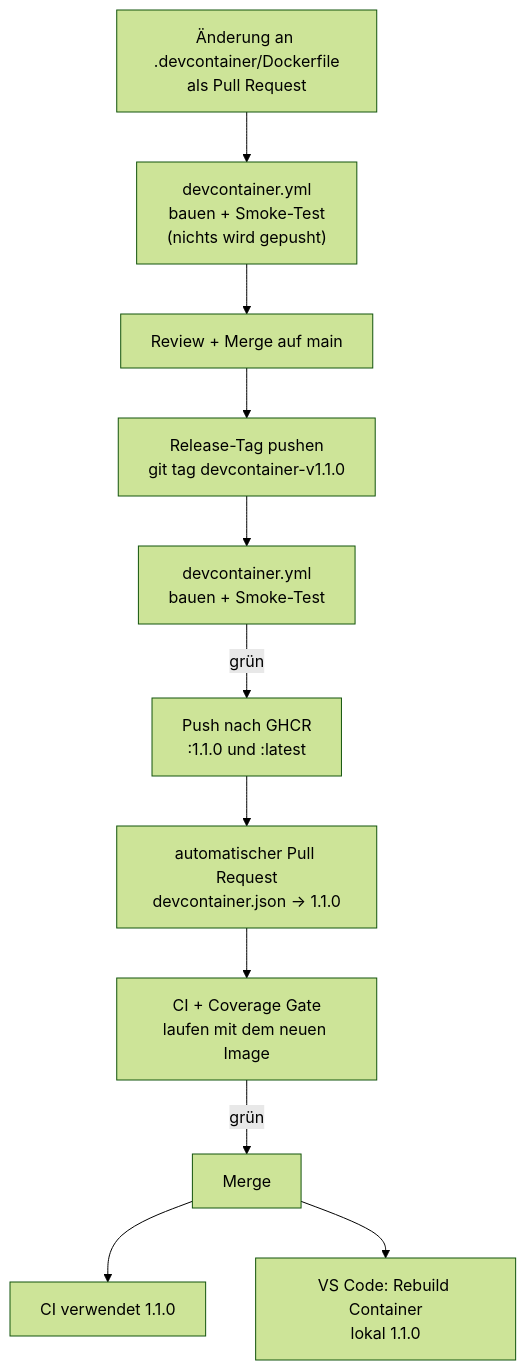
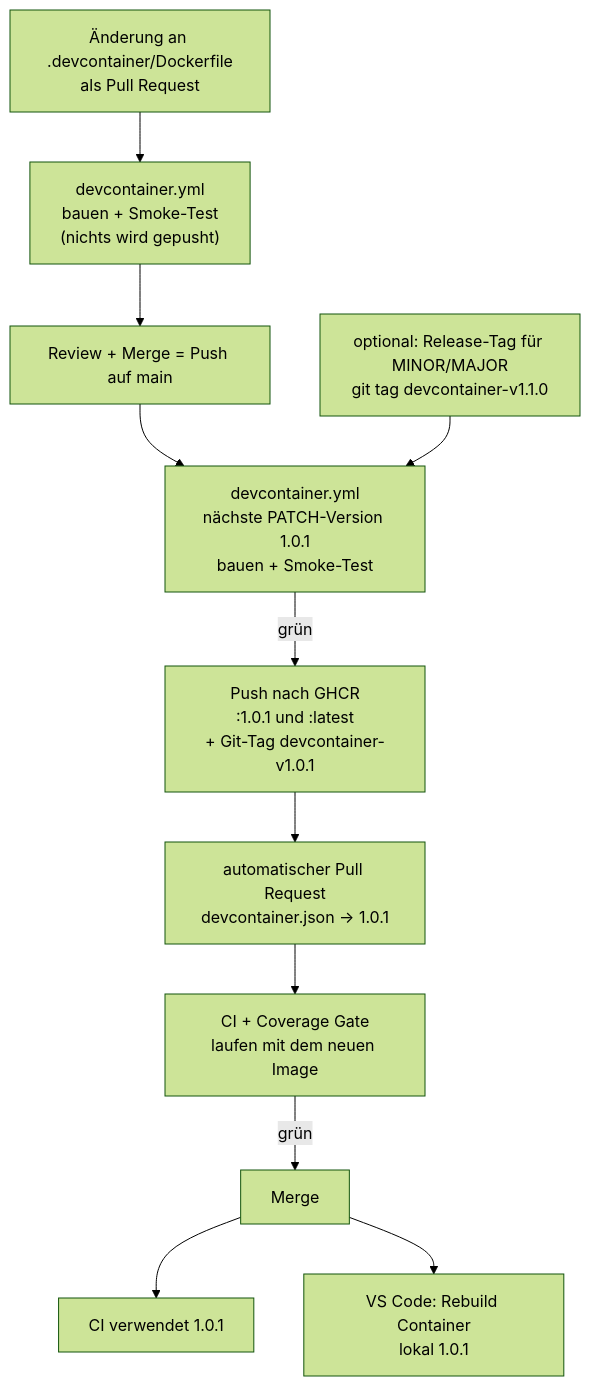
Before and after one commit to TheGloo/450-tictactest-mvk: the diagram in docs/DEVCONTAINER.md, drawn with Mermaid (forest theme). The commit also changed other lines of this file and 1 other file, not shown here.

First line of the commit message:
ci: publish the DevContainer image on every push to main

````diff
--- a/docs/DEVCONTAINER.md
+++ b/docs/DEVCONTAINER.md
@@ -114,13 +114,13 @@
 ```mermaid
 flowchart TD
     A["Änderung an .devcontainer/Dockerfile<br/>als Pull Request"] --> B["devcontainer.yml<br/>bauen + Smoke-Test<br/>(nichts wird gepusht)"]
-    B --> C[Review + Merge auf main]
-    C --> D["Release-Tag pushen<br/>git tag devcontainer-v1.1.0"]
-    D --> E["devcontainer.yml<br/>bauen + Smoke-Test"]
-    E -->|grün| F["Push nach GHCR<br/>:1.1.0 und :latest"]
-    F --> G["automatischer Pull Request<br/>devcontainer.json → 1.1.0"]
+    B --> C[Review + Merge = Push auf main]
+    C --> E["devcontainer.yml<br/>nächste PATCH-Version 1.0.1<br/>bauen + Smoke-Test"]
+    D["optional: Release-Tag für MINOR/MAJOR<br/>git tag devcontainer-v1.1.0"] --> E
+    E -->|grün| F["Push nach GHCR<br/>:1.0.1 und :latest<br/>+ Git-Tag devcontainer-v1.0.1"]
+    F --> G["automatischer Pull Request<br/>devcontainer.json → 1.0.1"]
     G --> H["CI + Coverage Gate<br/>laufen mit dem neuen Image"]
     H -->|grün| I[Merge]
-    I --> J["CI verwendet 1.1.0"]
-    I --> K["VS Code: Rebuild Container<br/>lokal 1.1.0"]
+    I --> J["CI verwendet 1.0.1"]
+    I --> K["VS Code: Rebuild Container<br/>lokal 1.0.1"]
 ```
````
